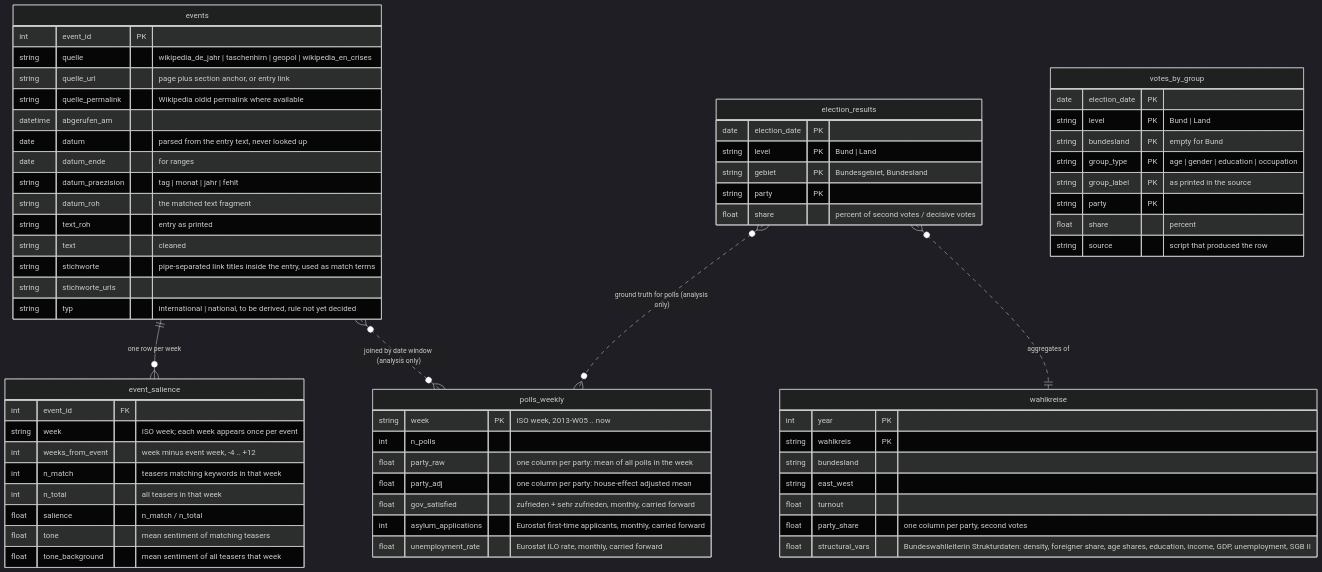
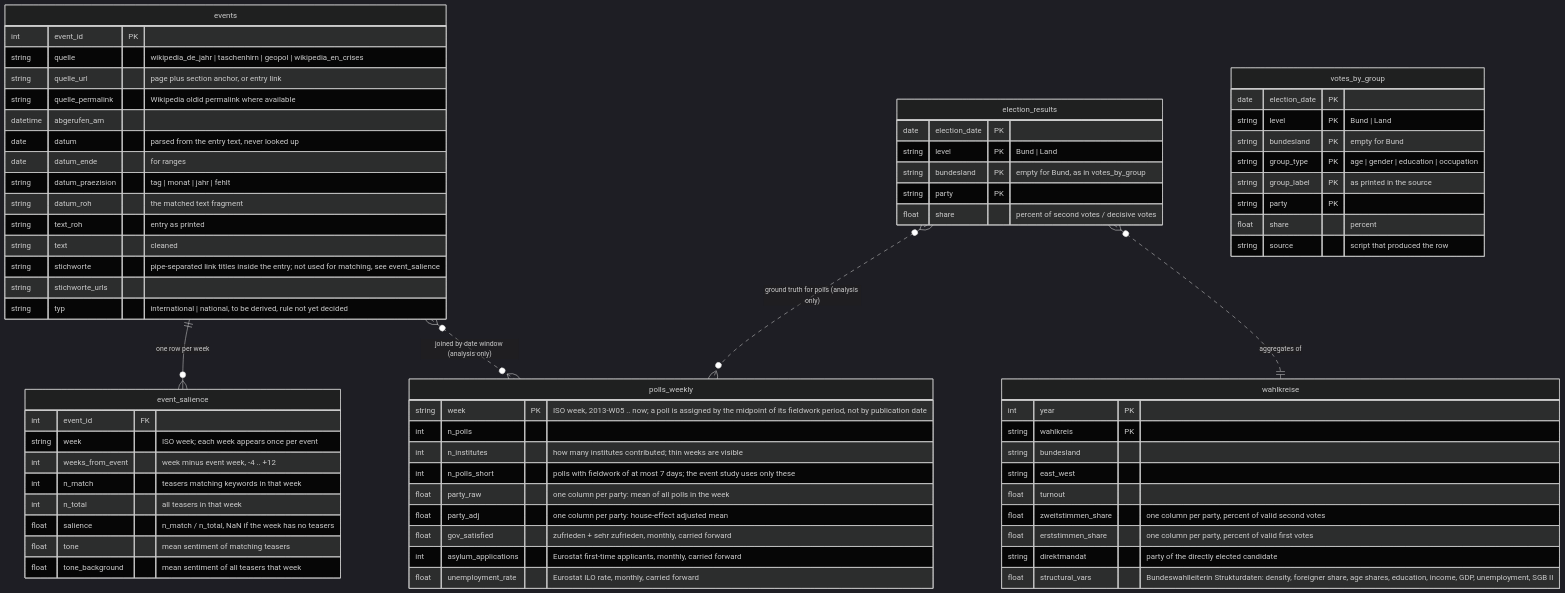
The diagram in docs/data_model.md (zebraschmetterling/DALAS-Project), drawn with Mermaid (dark theme) before and after one commit. The commit also changed other lines of this file and 8 other files, not shown here.

First line of the commit message:
Add event salience dataset: bursting-stem keyword rule, weekly shares and per-event score

````diff
--- a/docs/data_model.md
+++ b/docs/data_model.md
@@ -15,74 +15,78 @@
 ```mermaid
 erDiagram
     events ||--o{ event_salience : "one row per week"
     events }o..o{ polls_weekly : "joined by date window (analysis only)"
     election_results }o..o{ polls_weekly : "ground truth for polls (analysis only)"
     election_results }o..|| wahlkreise : "aggregates of"
 
     polls_weekly {
-        string week PK "ISO week, 2013-W05 .. now"
+        string week PK "ISO week, 2013-W05 .. now; a poll is assigned by the midpoint of its fieldwork period, not by publication date"
         int n_polls
+        int n_institutes "how many institutes contributed; thin weeks are visible"
+        int n_polls_short "polls with fieldwork of at most 7 days; the event study uses only these"
         float party_raw "one column per party: mean of all polls in the week"
         float party_adj "one column per party: house-effect adjusted mean"
         float gov_satisfied "zufrieden + sehr zufrieden, monthly, carried forward"
         int asylum_applications "Eurostat first-time applicants, monthly, carried forward"
         float unemployment_rate "Eurostat ILO rate, monthly, carried forward"
     }
 
     events {
         int event_id PK
         string quelle "wikipedia_de_jahr | taschenhirn | geopol | wikipedia_en_crises"
         string quelle_url "page plus section anchor, or entry link"
         string quelle_permalink "Wikipedia oldid permalink where available"
         datetime abgerufen_am
         date datum "parsed from the entry text, never looked up"
         date datum_ende "for ranges"
         string datum_praezision "tag | monat | jahr | fehlt"
         string datum_roh "the matched text fragment"
         string text_roh "entry as printed"
         string text "cleaned"
-        string stichworte "pipe-separated link titles inside the entry, used as match terms"
+        string stichworte "pipe-separated link titles inside the entry; not used for matching, see event_salience"
         string stichworte_urls
         string typ "international | national, to be derived, rule not yet decided"
     }
 
     event_salience {
         int event_id FK
         string week "ISO week; each week appears once per event"
         int weeks_from_event "week minus event week, -4 .. +12"
         int n_match "teasers matching keywords in that week"
         int n_total "all teasers in that week"
-        float salience "n_match / n_total"
+        float salience "n_match / n_total, NaN if the week has no teasers"
         float tone "mean sentiment of matching teasers"
         float tone_background "mean sentiment of all teasers that week"
     }
 
     votes_by_group {
         date election_date PK
         string level PK "Bund | Land"
         string bundesland PK "empty for Bund"
         string group_type PK "age | gender | education | occupation"
         string group_label PK "as printed in the source"
         string party PK
         float share "percent"
         string source "script that produced the row"
     }
 
     election_results {
         date election_date PK
         string level PK "Bund | Land"
-        string gebiet PK "Bundesgebiet, Bundesland"
+        string bundesland PK "empty for Bund, as in votes_by_group"
         string party PK
         float share "percent of second votes / decisive votes"
     }
 
     wahlkreise {
         int year PK
         string wahlkreis PK
         string bundesland
         string east_west
         float turnout
-        float party_share "one column per party, second votes"
+        float zweitstimmen_share "one column per party, percent of valid second votes"
+        float erststimmen_share "one column per party, percent of valid first votes"
+        string direktmandat "party of the directly elected candidate"
         float structural_vars "Bundeswahlleiterin Strukturdaten: density, foreigner share, age shares, education, income, GDP, unemployment, SGB II"
     }
 ```
````
